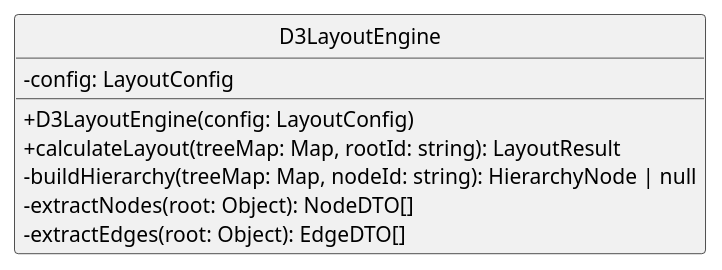
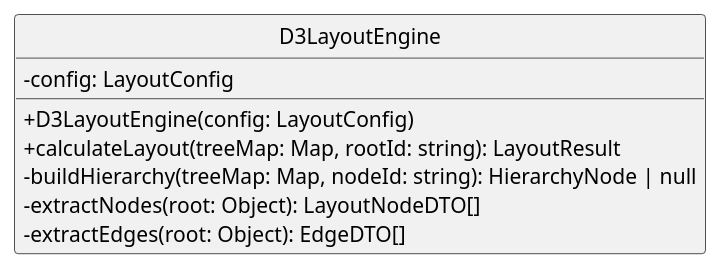
Before and after one commit to GroupRubberDuck/Documentazione: the diagram in src/PB/DocumentazioneEsterna/Specifica_Tecnica/content/05-diagrammi-classi/uml/puml/Frontend/decision-tree/layout/D3LayoutEngine.puml, drawn with PlantUML. The commit also changed 7 other files, not shown here.

```diff
--- a/src/PB/DocumentazioneEsterna/Specifica_Tecnica/content/05-diagrammi-classi/uml/puml/Frontend/decision-tree/layout/D3LayoutEngine.puml
+++ b/src/PB/DocumentazioneEsterna/Specifica_Tecnica/content/05-diagrammi-classi/uml/puml/Frontend/decision-tree/layout/D3LayoutEngine.puml
@@ -1,18 +1,18 @@
 @startuml
 skinparam linetype ortho
 skinparam nodesep 80
 skinparam ranksep 100
 skinparam classAttributeIconSize 0
 skinparam packageStyle rectangle
 skinparam style strictuml
 
 class D3LayoutEngine {
     - config: LayoutConfig
     + D3LayoutEngine(config: LayoutConfig)
     + calculateLayout(treeMap: Map, rootId: string): LayoutResult
     - buildHierarchy(treeMap: Map, nodeId: string): HierarchyNode | null
-    - extractNodes(root: Object): NodeDTO[]
+    - extractNodes(root: Object): LayoutNodeDTO[]
     - extractEdges(root: Object): EdgeDTO[]
 }
 
 @enduml
```
